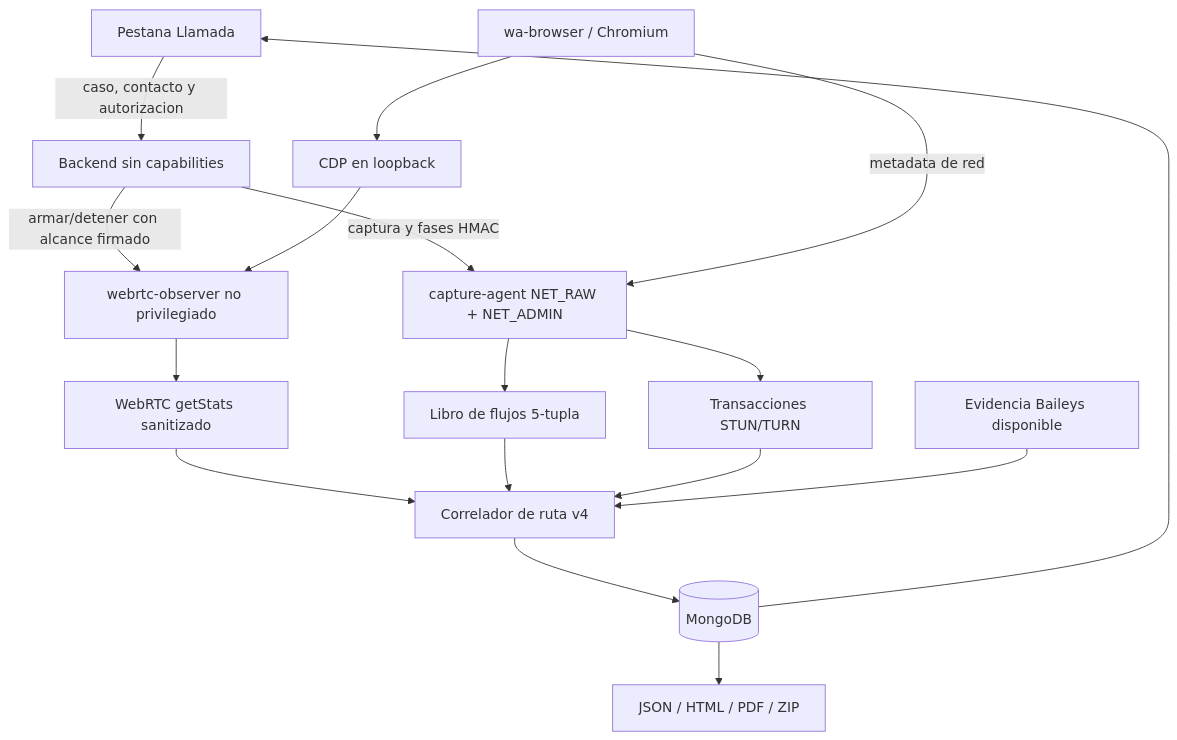
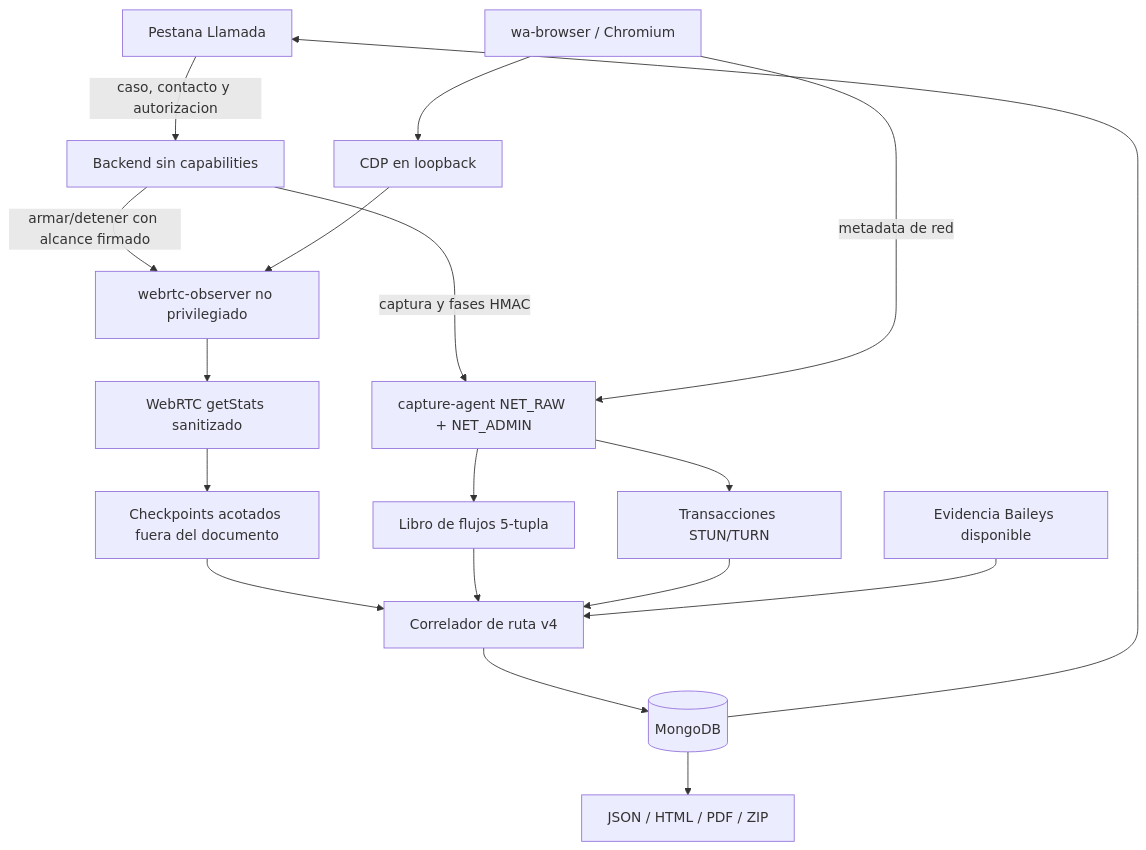
One commit to deco31416/wp-monitor changed the diagram in docs/development/webrtc-call-observation-plan.md. Above: the diagram before and after it, drawn with Mermaid. The commit also changed other lines of this file and 18 other files, not shown here.

````diff
--- a/docs/development/webrtc-call-observation-plan.md
+++ b/docs/development/webrtc-call-observation-plan.md
@@ -40,30 +40,31 @@
 ```mermaid
 flowchart TD
     UI[Pestana Llamada]
     Backend[Backend sin capabilities]
     Browser[wa-browser / Chromium]
     CDP[CDP en loopback]
     Observer[webrtc-observer no privilegiado]
     Agent[capture-agent NET_RAW + NET_ADMIN]
     Stats[WebRTC getStats sanitizado]
+    Checkpoints[Checkpoints acotados fuera del documento]
     Flow[Libro de flujos 5-tupla]
     Stun[Transacciones STUN/TURN]
     Baileys[Evidencia Baileys disponible]
     Correlator[Correlador de ruta v4]
     Durable[(MongoDB)]
     Reports[JSON / HTML / PDF / ZIP]
 
     UI -->|caso, contacto y autorizacion| Backend
     Backend -->|armar/detener con alcance firmado| Observer
     Backend -->|captura y fases HMAC| Agent
     Browser --> CDP --> Observer --> Stats
     Browser -->|metadata de red| Agent --> Flow
     Agent --> Stun
-    Stats --> Correlator
+    Stats --> Checkpoints --> Correlator
     Flow --> Correlator
     Stun --> Correlator
     Baileys --> Correlator
     Correlator --> Durable
     Durable --> UI
     Durable --> Reports
 ```
````
